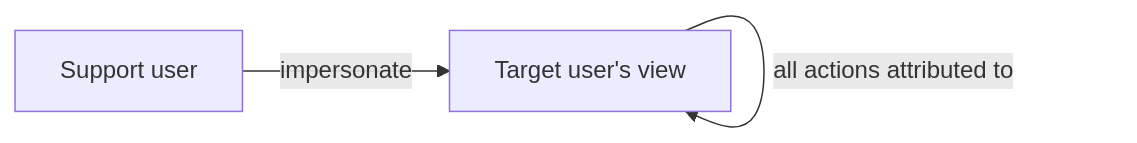
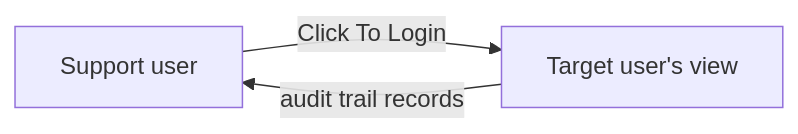
The fourth of 4 diagrams in docs/user_guides/user_role_management_user_guide.md (sampadadiwan/IRM_CompanyMain), drawn with Mermaid before and after one commit. The commit also changed other lines of this file and 135 other files, not shown here.

````diff
--- a/docs/user_guides/user_role_management_user_guide.md
+++ b/docs/user_guides/user_role_management_user_guide.md
@@ -189,5 +194,5 @@
 ```mermaid
 flowchart LR
-    S[Support user] -->|impersonate| T[Target user's view]
-    T -->|all actions attributed to| T
+    S[Support user] -->|Click To Login| T[Target user's view]
+    T -->|audit trail records| S
 ```
````
